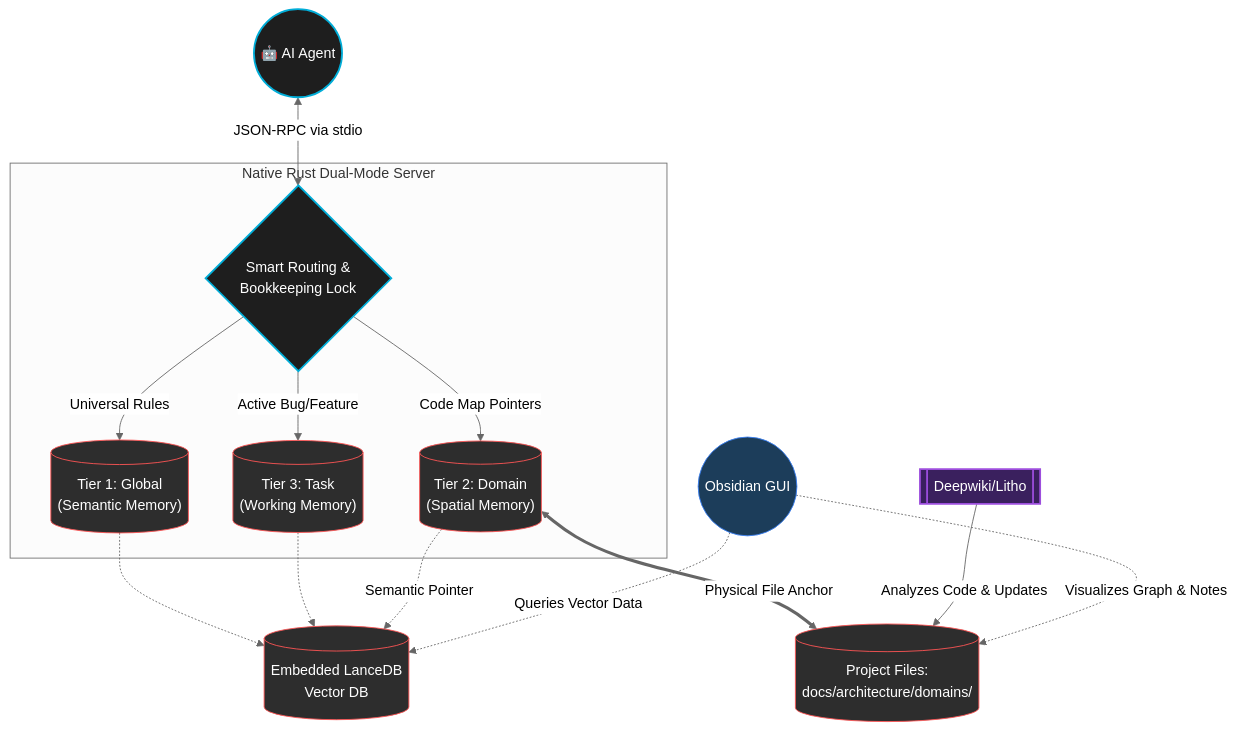
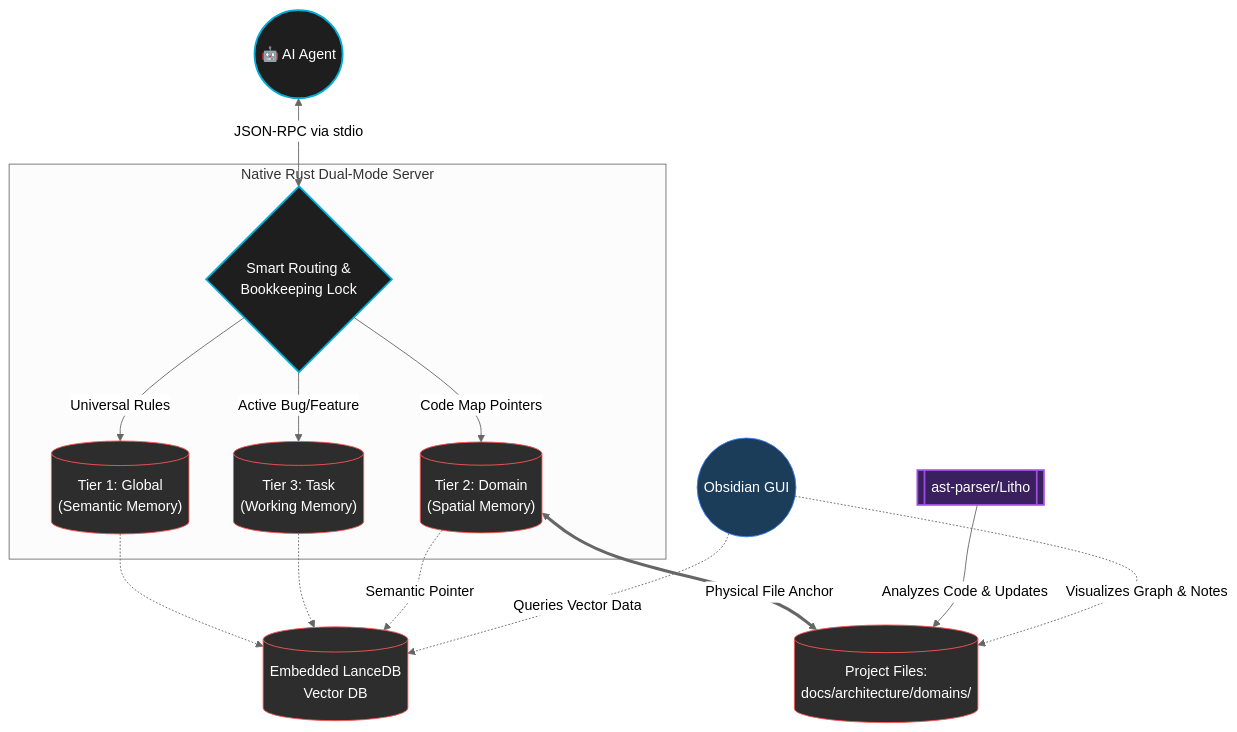
One commit to Cognilogical/NeuroStrata changed the diagram in README.md. Above: the diagram before and after it, drawn with Mermaid (neutral theme). The commit also changed other lines of this file and 20 other files, not shown here.

````diff
--- a/README.md
+++ b/README.md
@@ -73,42 +73,42 @@
 ```mermaid
 graph TD
     Agent((🤖 AI Agent))
     
     subgraph NeuroStrataServer [Native Rust Dual-Mode Server]
         Router{Smart Routing &<br/>Bookkeeping Lock}
         
         Tier1[("Tier 1: Global<br/>(Semantic Memory)")]
         Tier2[("Tier 2: Domain<br/>(Spatial Memory)")]
         Tier3[("Tier 3: Task<br/>(Working Memory)")]
     end
     
     LanceDB[(Embedded LanceDB<br/>Vector DB)]
     PointerWiki[(Project Files:<br/>docs/architecture/domains/)]
     Obsidian((Obsidian GUI))
-    Deepwiki[[Deepwiki/Litho]]
+    ast-parser[[ast-parser/Litho]]
     
     Agent <-->|JSON-RPC via stdio| Router
     Router -->|Universal Rules| Tier1
     Router -->|Code Map Pointers| Tier2
     Router -->|Active Bug/Feature| Tier3
     
     Tier1 -.-> LanceDB
     Tier3 -.-> LanceDB
     Tier2 -.->|Semantic Pointer| LanceDB
     Tier2 <==>|Physical File Anchor| PointerWiki
     
-    Deepwiki -->|Analyzes Code & Updates| PointerWiki
+    ast-parser -->|Analyzes Code & Updates| PointerWiki
     
     Obsidian -.->|Visualizes Graph & Notes| PointerWiki
     Obsidian -.->|Queries Vector Data| LanceDB
 
     classDef core fill:#1e1e1e,stroke:#00ADD8,stroke-width:2px,color:#fff;
     classDef memory fill:#2d2d2d,stroke:#ff5555,stroke-width:1px,color:#fff;
     classDef engine fill:#3a205e,stroke:#9d4edd,stroke-width:2px,color:#fff;
     classDef tool fill:#1c3d5a,stroke:#3b82f6,stroke-width:1px,color:#fff;
     
     class Agent,Router core;
     class Tier1,Tier2,Tier3,LanceDB,PointerWiki memory;
-    class Deepwiki engine;
+    class ast-parser engine;
     class Obsidian tool;
 ```
````
